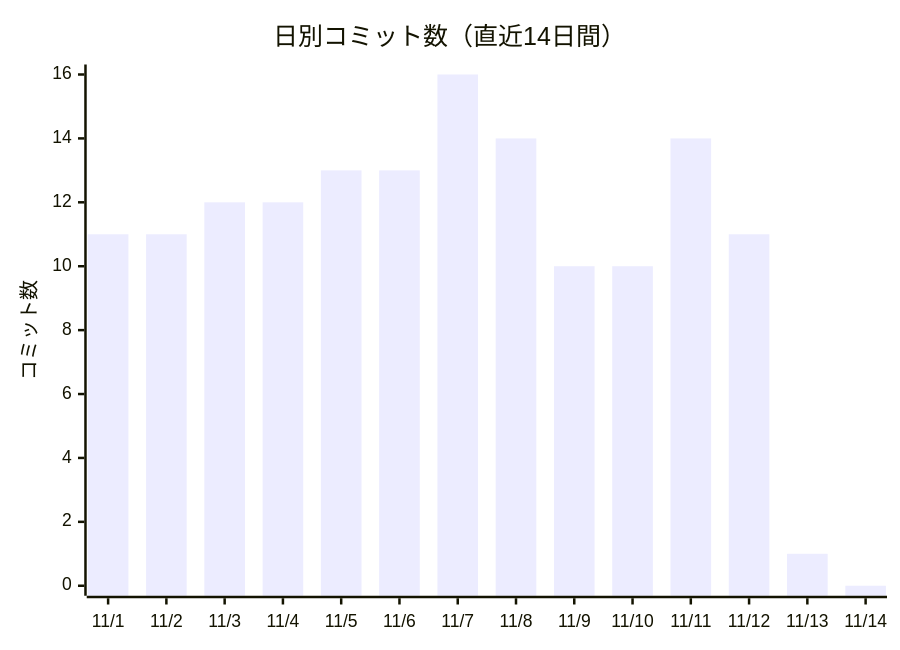
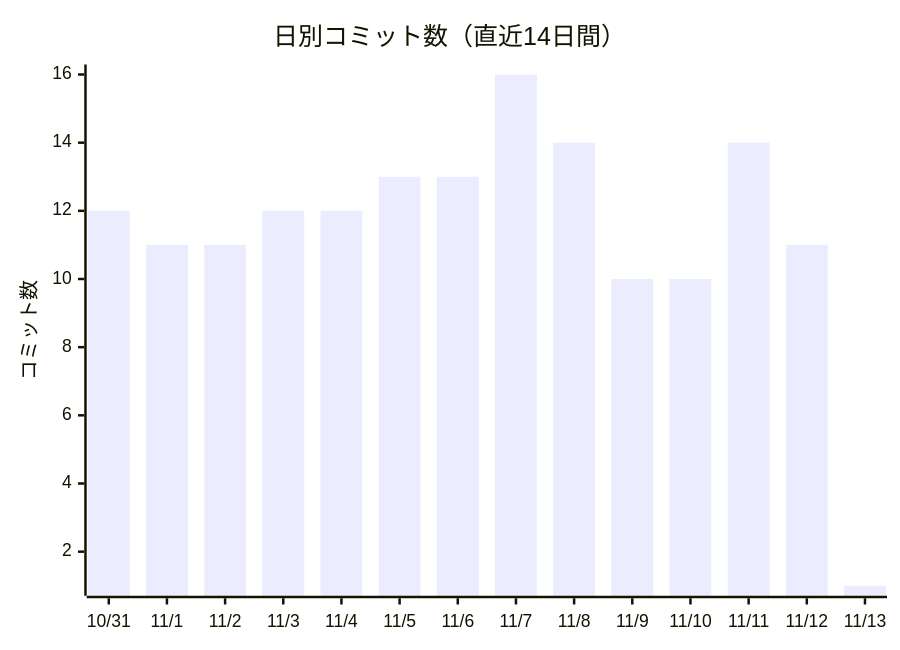
Before and after one commit to non-x2/non-x2: the first of 2 diagrams in docs/進化レポート.md, drawn with Mermaid. The commit also changed other lines of this file and 3 other files, not shown here.

````diff
--- a/docs/進化レポート.md
+++ b/docs/進化レポート.md
@@ -25,7 +25,7 @@
 ```mermaid
 xychart-beta
     title "日別コミット数（直近14日間）"
-    x-axis ["11/1", "11/2", "11/3", "11/4", "11/5", "11/6", "11/7", "11/8", "11/9", "11/10", "11/11", "11/12", "11/13", "11/14"]
+    x-axis ["10/31", "11/1", "11/2", "11/3", "11/4", "11/5", "11/6", "11/7", "11/8", "11/9", "11/10", "11/11", "11/12", "11/13"]
     y-axis "コミット数"
-    bar [11, 11, 12, 12, 13, 13, 16, 14, 10, 10, 14, 11, 1, 0]
+    bar [12, 11, 11, 12, 12, 13, 13, 16, 14, 10, 10, 14, 11, 1]
 ```
````
